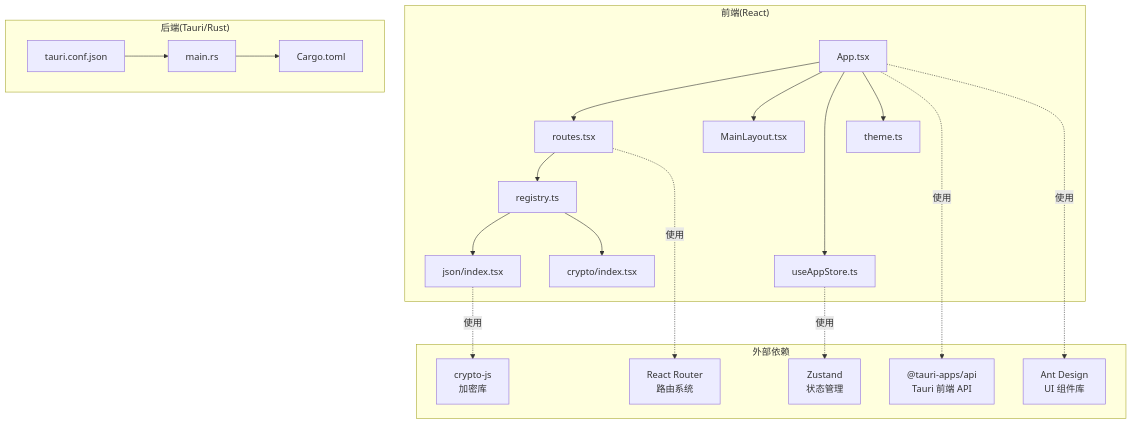
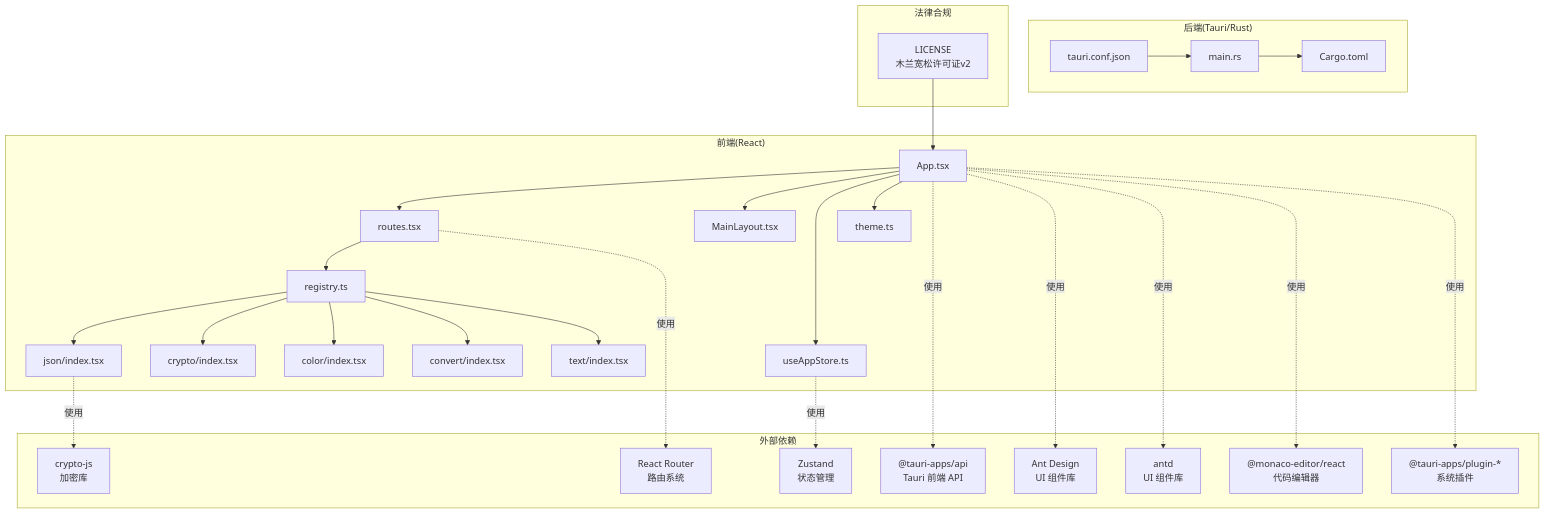
The second of 10 diagrams in .qoder/repowiki/zh/content/项目概述/项目概述.md (xkdaq/XKUtil), drawn with Mermaid before and after one commit. The commit also changed other lines of this file and 7 other files, not shown here.

````diff
--- a/.qoder/repowiki/zh/content/项目概述/项目概述.md
+++ b/.qoder/repowiki/zh/content/项目概述/项目概述.md
@@ -117,39 +143,55 @@
 ```mermaid
 graph TB
 subgraph "前端(React)"
 F1["App.tsx"]
 F2["routes.tsx"]
 F3["MainLayout.tsx"]
 F4["useAppStore.ts"]
 F5["registry.ts"]
 F6["json/index.tsx"]
 F7["crypto/index.tsx"]
-F8["theme.ts"]
+F8["color/index.tsx"]
+F9["convert/index.tsx"]
+F10["text/index.tsx"]
+F11["theme.ts"]
 end
 subgraph "后端(Tauri/Rust)"
 B1["tauri.conf.json"]
 B2["main.rs"]
 B3["Cargo.toml"]
+end
+subgraph "法律合规"
+L1["LICENSE<br/>木兰宽松许可证v2"]
 end
 subgraph "外部依赖"
 D1["@tauri-apps/api<br/>Tauri 前端 API"]
 D2["Ant Design<br/>UI 组件库"]
 D3["Zustand<br/>状态管理"]
 D4["React Router<br/>路由系统"]
 D5["crypto-js<br/>加密库"]
+D6["antd<br/>UI 组件库"]
+D7["@monaco-editor/react<br/>代码编辑器"]
+D8["@tauri-apps/plugin-*<br/>系统插件"]
 end
 F1 --> F2
 F1 --> F3
 F1 --> F4
 F2 --> F5
 F5 --> F6
 F5 --> F7
-F1 --> F8
+F5 --> F8
+F5 --> F9
+F5 --> F10
+F1 --> F11
 B2 --> B3
 B1 --> B2
+L1 --> F1
 F1 -. 使用 .-> D1
 F1 -. 使用 .-> D2
 F4 -. 使用 .-> D3
 F2 -. 使用 .-> D4
 F6 -. 使用 .-> D5
+F1 -. 使用 .-> D6
+F1 -. 使用 .-> D7
+F1 -. 使用 .-> D8
 ```
````
